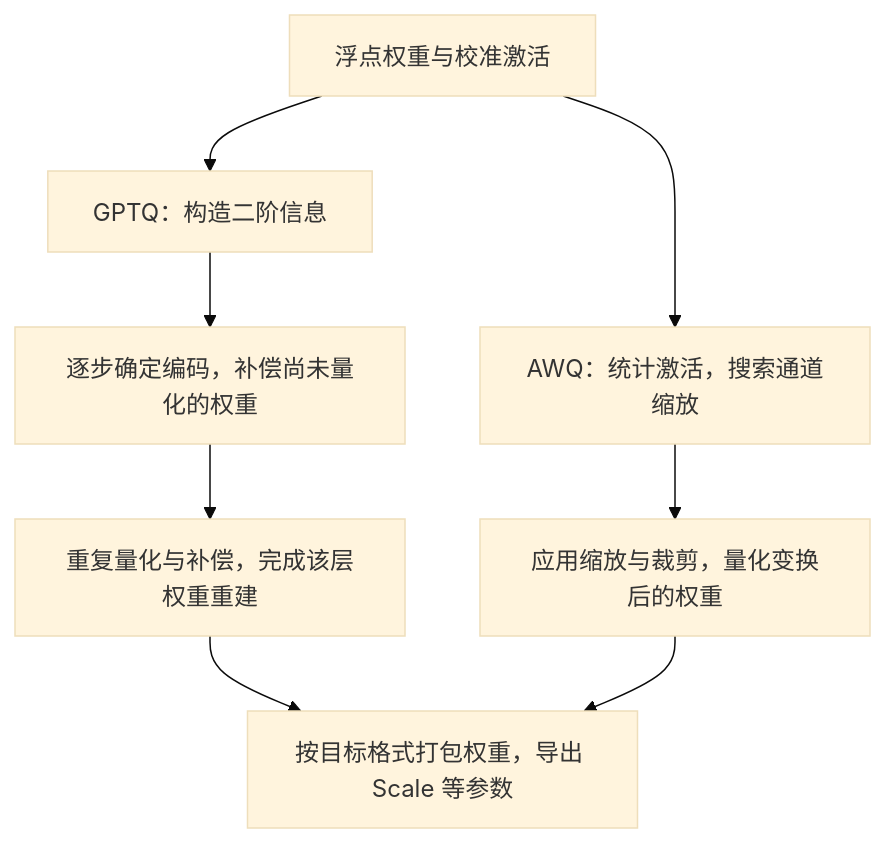
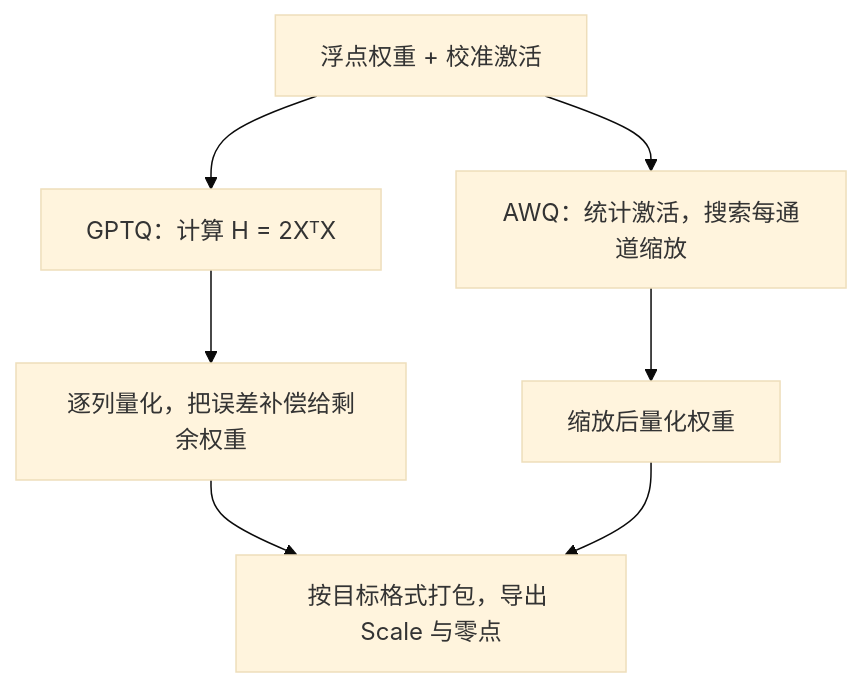
Before and after one commit to caomaolufei/AIInfraGuide: the first of 2 diagrams in docs/guides/模块四-推理优化/第4章-量化/4.3-Weight-only-INT4.md, drawn with Mermaid (base theme). The commit also changed other lines of this file and 9 other files, not shown here.

````diff
--- a/docs/guides/模块四-推理优化/第4章-量化/4.3-Weight-only-INT4.md
+++ b/docs/guides/模块四-推理优化/第4章-量化/4.3-Weight-only-INT4.md
@@ -68,10 +74,9 @@
 ```mermaid
 graph TD
-    A["浮点权重与校准激活"] --> G1["GPTQ：构造二阶信息"]
-    G1 --> G2["逐步确定编码，补偿尚未量化的权重"]
-    G2 --> G3["重复量化与补偿，完成该层权重重建"]
-    A --> W1["AWQ：统计激活，搜索通道缩放"]
-    W1 --> W2["应用缩放与裁剪，量化变换后的权重"]
-    G3 --> E["按目标格式打包权重，导出 Scale 等参数"]
+    A["浮点权重 + 校准激活"] --> G1["GPTQ：计算 H = 2XᵀX"]
+    G1 --> G2["逐列量化，把误差补偿给剩余权重"]
+    A --> W1["AWQ：统计激活，搜索每通道缩放"]
+    W1 --> W2["缩放后量化权重"]
+    G2 --> E["按目标格式打包，导出 Scale 与零点"]
     W2 --> E
 ```
````
